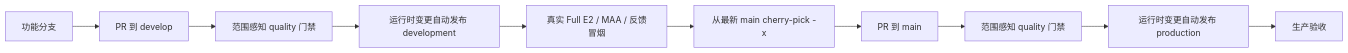
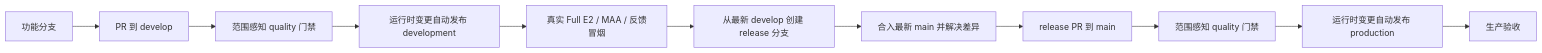
One commit to yeyouchuan/ArknightsInfraCalc-v2_beta_test_frontend changed the diagram in docs/DEVELOPMENT_RELEASE_GUARDRAILS.md. Above: the diagram before and after it, drawn with Mermaid. The commit also changed other lines of this file and 5 other files, not shown here.

````diff
--- a/docs/DEVELOPMENT_RELEASE_GUARDRAILS.md
+++ b/docs/DEVELOPMENT_RELEASE_GUARDRAILS.md
@@ -125,12 +125,13 @@
 ```mermaid
 flowchart LR
   F["功能分支"] --> P1["PR 到 develop"]
   P1 --> Q1["范围感知 quality 门禁"]
   Q1 --> D["运行时变更自动发布 development"]
   D --> S["真实 Full E2 / MAA / 反馈冒烟"]
-  S --> C["从最新 main cherry-pick -x"]
-  C --> P2["PR 到 main"]
+  S --> B["从最新 develop 创建 release 分支"]
+  B --> M["合入最新 main 并解决差异"]
+  M --> P2["release PR 到 main"]
   P2 --> Q2["范围感知 quality 门禁"]
   Q2 --> R["运行时变更自动发布 production"]
   R --> A["生产验收"]
 ```
````
